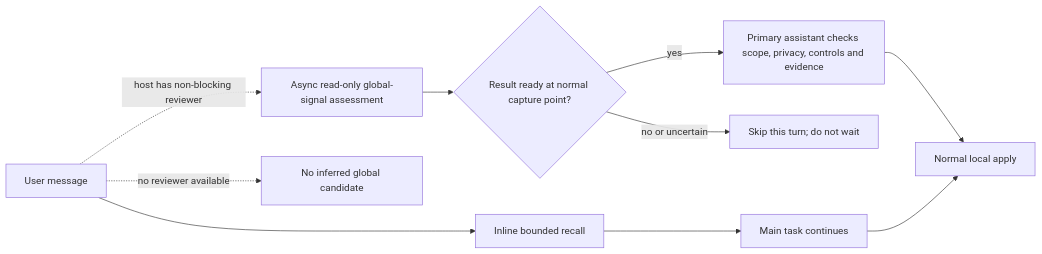
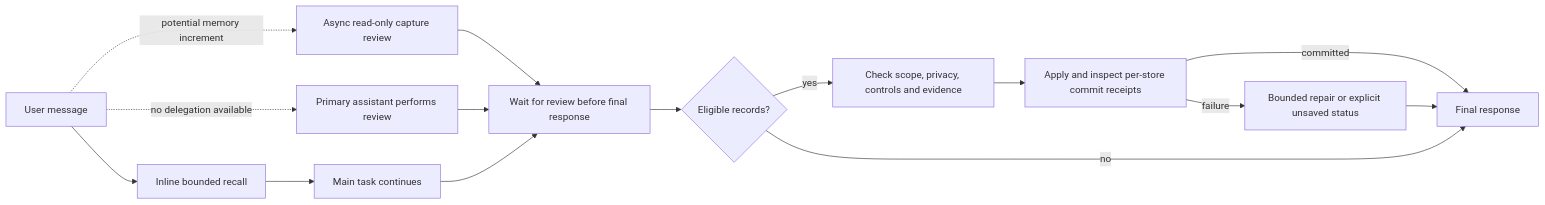
One commit to chrisstarr7/dev-memory changed the diagram in README.md. Above: the diagram before and after it, drawn with Mermaid. The commit also changed other lines of this file and 7 other files, not shown here.

First line of the commit message:
Keep memory capture complete before final delivery

````diff
--- a/README.md
+++ b/README.md
@@ -30,12 +30,17 @@
 ```mermaid
 flowchart LR
     U[User message] --> R[Inline bounded recall]
     R --> T[Main task continues]
-    U -. host has non-blocking reviewer .-> A[Async read-only global-signal assessment]
-    U -. no reviewer available .-> N[No inferred global candidate]
-    A --> C{Result ready at normal capture point?}
-    C -- no or uncertain --> S[Skip this turn; do not wait]
-    C -- yes --> V[Primary assistant checks scope, privacy, controls and evidence]
-    V --> M[Normal local apply]
-    T --> M
+    U -. potential memory increment .-> A[Async read-only capture review]
+    U -. no delegation available .-> P[Primary assistant performs review]
+    A --> J[Wait for review before final response]
+    P --> J
+    T --> J
+    J --> C{Eligible records?}
+    C -- yes --> V[Check scope, privacy, controls and evidence]
+    V --> M[Apply and inspect per-store commit receipts]
+    M -- committed --> F[Final response]
+    M -- failure --> E[Bounded repair or explicit unsaved status]
+    E --> F
+    C -- no --> F
 ```
````
